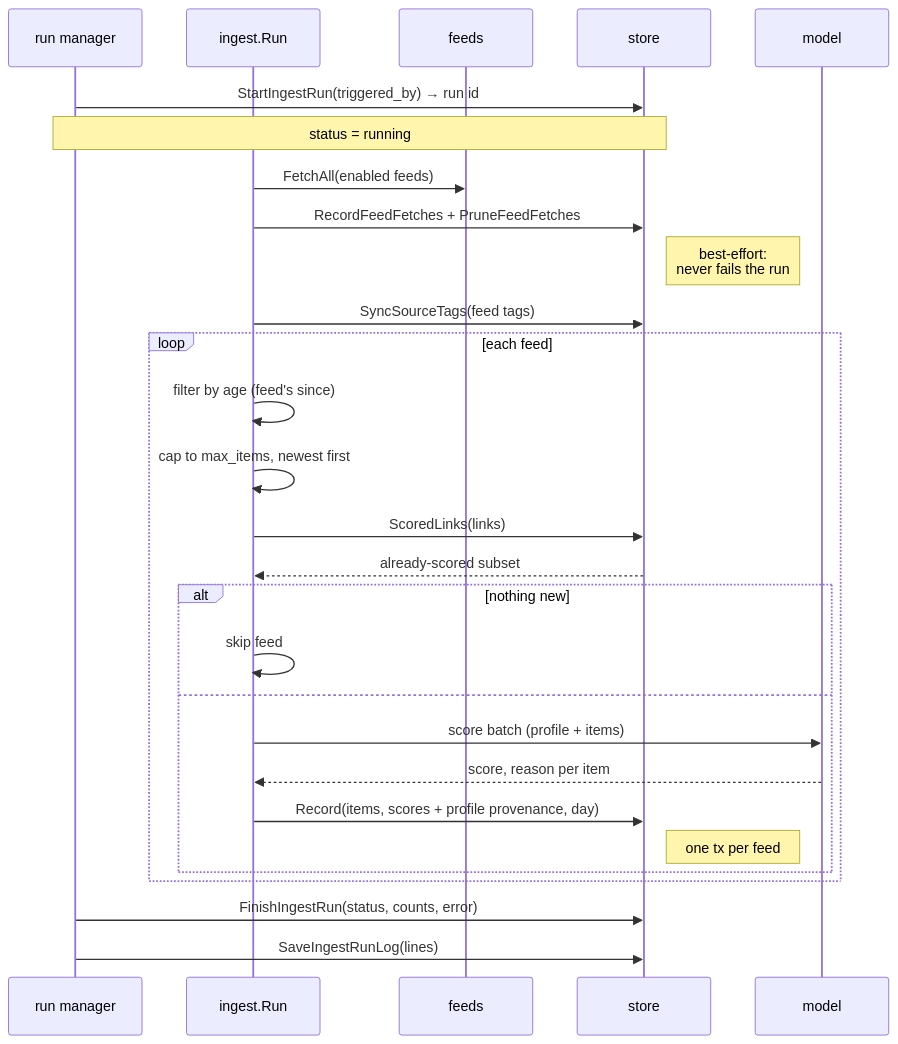
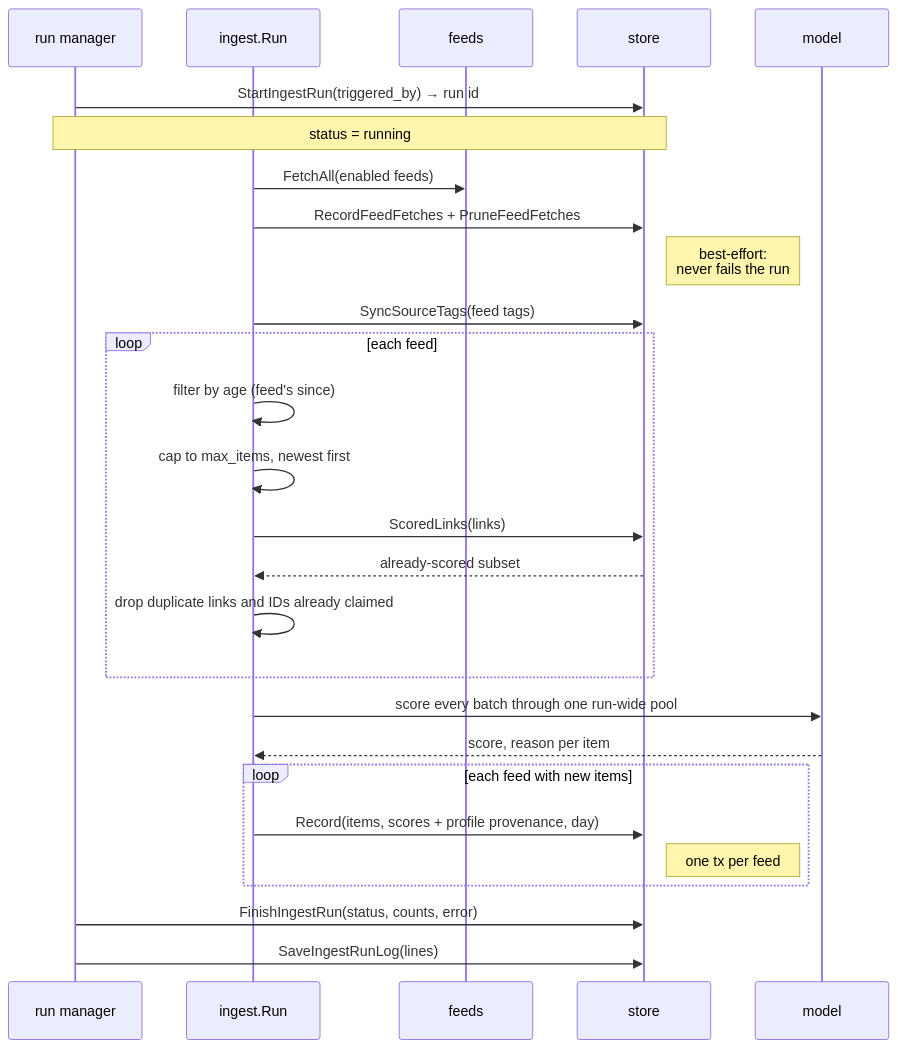
One commit to DanielBlei/rabbithole changed the third of 4 diagrams in docs/store.md. Above: the diagram before and after it, drawn with Mermaid. The commit also changed other lines of this file and 3 other files, not shown here.

First line of the commit message:
docs(ingest): document run-wide scoring concurrency

````diff
--- a/docs/store.md
+++ b/docs/store.md
@@ -573,34 +576,35 @@
 ```mermaid
 sequenceDiagram
     participant M as run manager
     participant I as ingest.Run
     participant F as feeds
     participant DB as store
     participant L as model
 
     M->>DB: StartIngestRun(triggered_by) → run id
     Note over M,DB: status = running
 
     I->>F: FetchAll(enabled feeds)
     I->>DB: RecordFeedFetches + PruneFeedFetches
     Note right of DB: best-effort:<br/>never fails the run
     I->>DB: SyncSourceTags(feed tags)
 
     loop each feed
         I->>I: filter by age (feed's since)
         I->>I: cap to max_items, newest first
         I->>DB: ScoredLinks(links)
         DB-->>I: already-scored subset
-        alt nothing new
-            I->>I: skip feed
-        else
-            I->>L: score batch (profile + items)
-            L-->>I: score, reason per item
-            I->>DB: Record(items, scores + profile provenance, day)
-            Note right of DB: one tx per feed
-        end
+        I->>I: drop duplicate links and IDs already claimed
+    end
+
+    I->>L: score every batch through one run-wide pool
+    L-->>I: score, reason per item
+
+    loop each feed with new items
+        I->>DB: Record(items, scores + profile provenance, day)
+        Note right of DB: one tx per feed
     end
 
     M->>DB: FinishIngestRun(status, counts, error)
     M->>DB: SaveIngestRunLog(lines)
 ```
````
